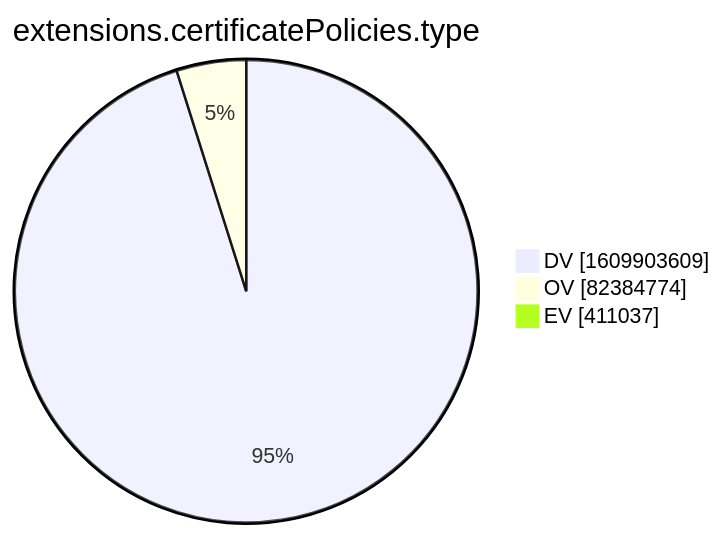
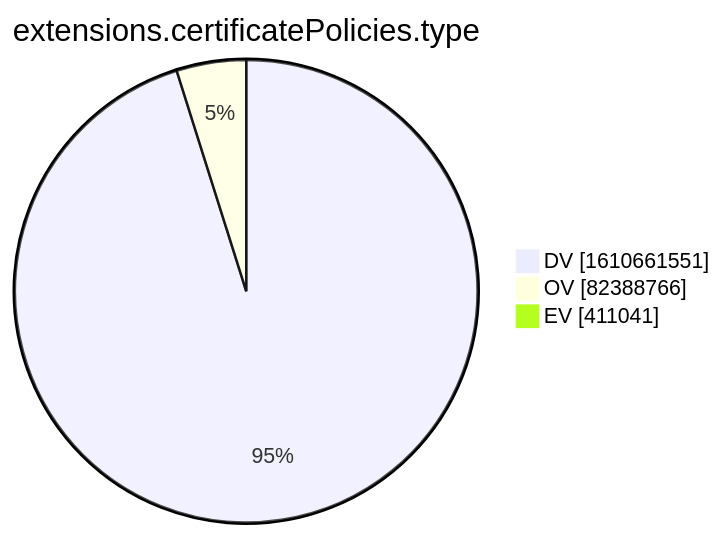
The tenth of 15 diagrams in xenon2022/README.md (christiankrug/ctmonitor_visualization), drawn with Mermaid before and after one commit. The commit also changed other lines of this file, not shown here.

````diff
--- a/xenon2022/README.md
+++ b/xenon2022/README.md
@@ -2878,7 +2878,7 @@
 ```mermaid
 pie showData
 title extensions.certificatePolicies.type
-"DV" :1609903609
-"OV" :82384774
-"EV" :411037
+"DV" :1610661551
+"OV" :82388766
+"EV" :411041
 ```
````
